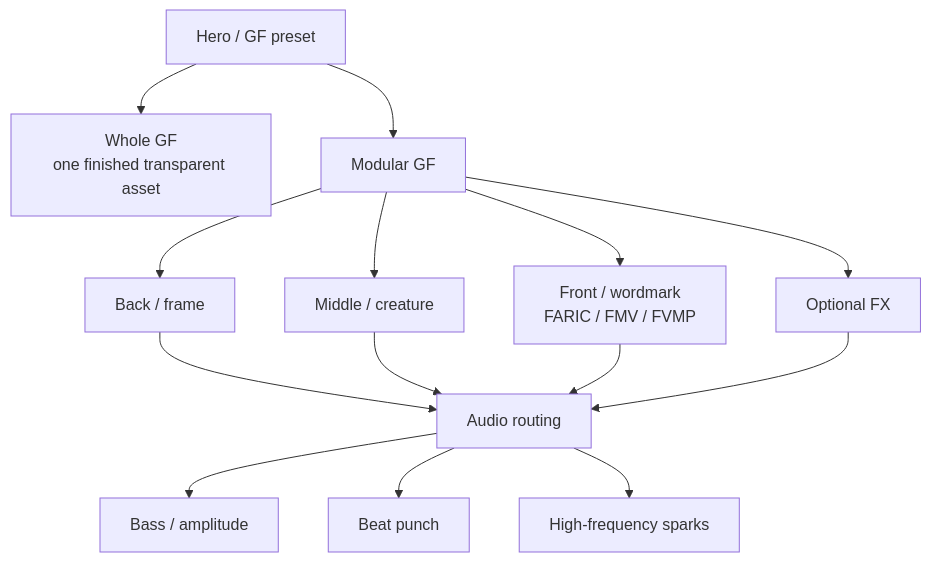
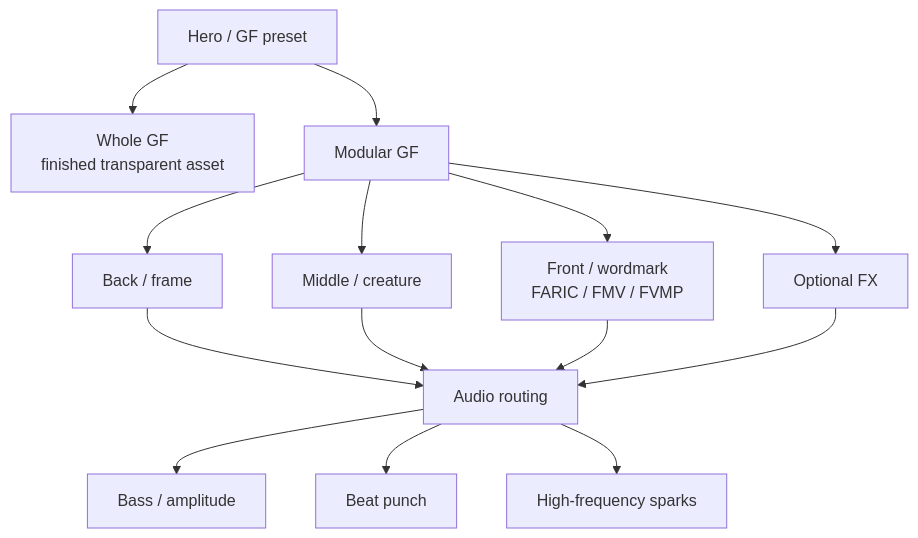
Before and after one commit to faric-ua/faric-music-visualizer: the second of 2 diagrams in docs/diagrams/FARIC_PROJECT_ATLAS.md, drawn with Mermaid. The commit also changed other lines of this file, not shown here.

````diff
--- a/docs/diagrams/FARIC_PROJECT_ATLAS.md
+++ b/docs/diagrams/FARIC_PROJECT_ATLAS.md
@@ -116,18 +104,19 @@
 ```mermaid
 flowchart TB
     H[Hero / GF preset]
-    H --> W[Whole GF<br/>one finished transparent asset]
+    H --> W[Whole GF<br/>finished transparent asset]
     H --> MOD[Modular GF]
     MOD --> F[Back / frame]
     MOD --> C[Middle / creature]
     MOD --> T[Front / wordmark<br/>FARIC / FMV / FVMP]
     MOD --> X[Optional FX]
 
     F --> R[Audio routing]
     C --> R
     T --> R
     X --> R
+
     R --> BASS[Bass / amplitude]
     R --> BEAT[Beat punch]
     R --> HIGH[High-frequency sparks]
 ```
````
